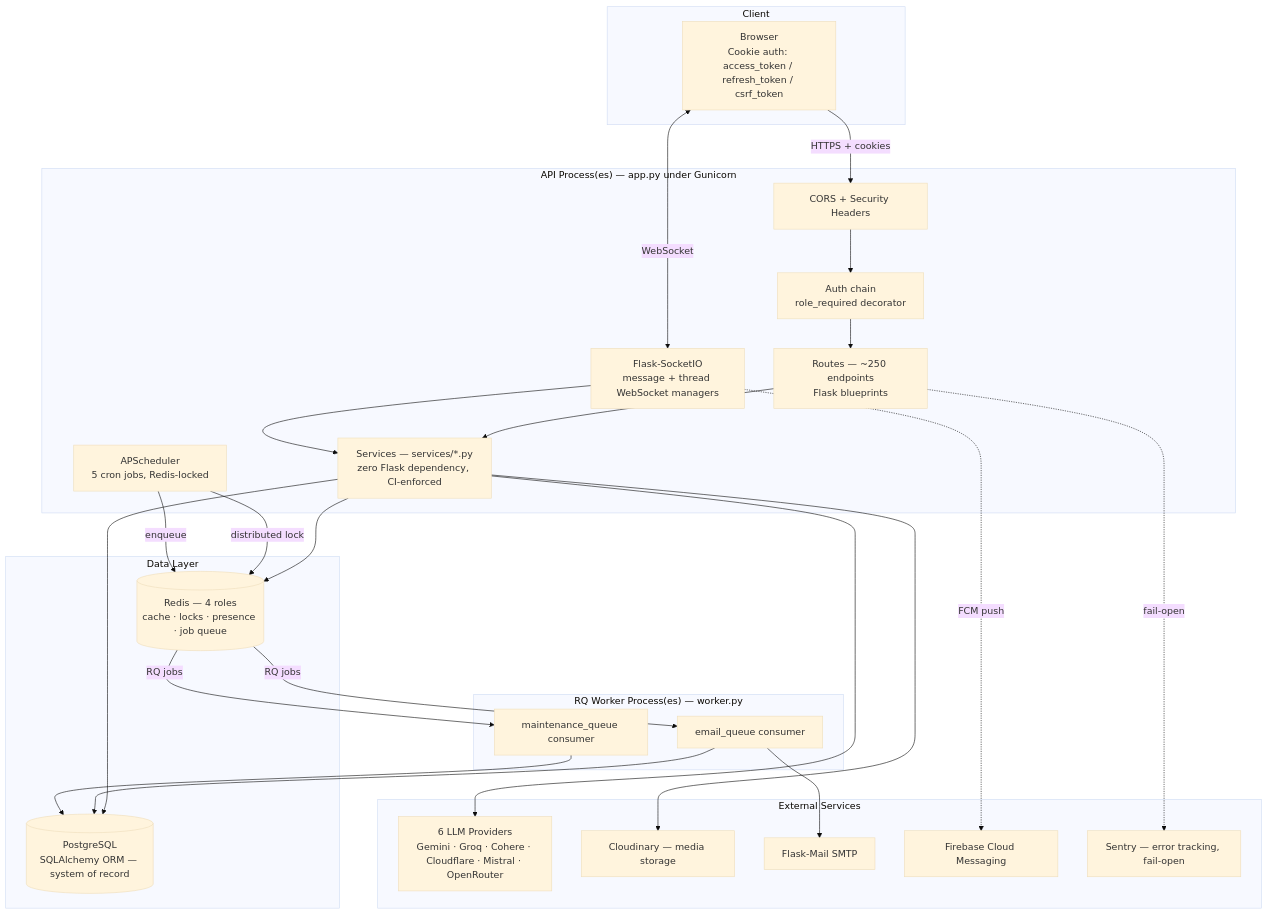
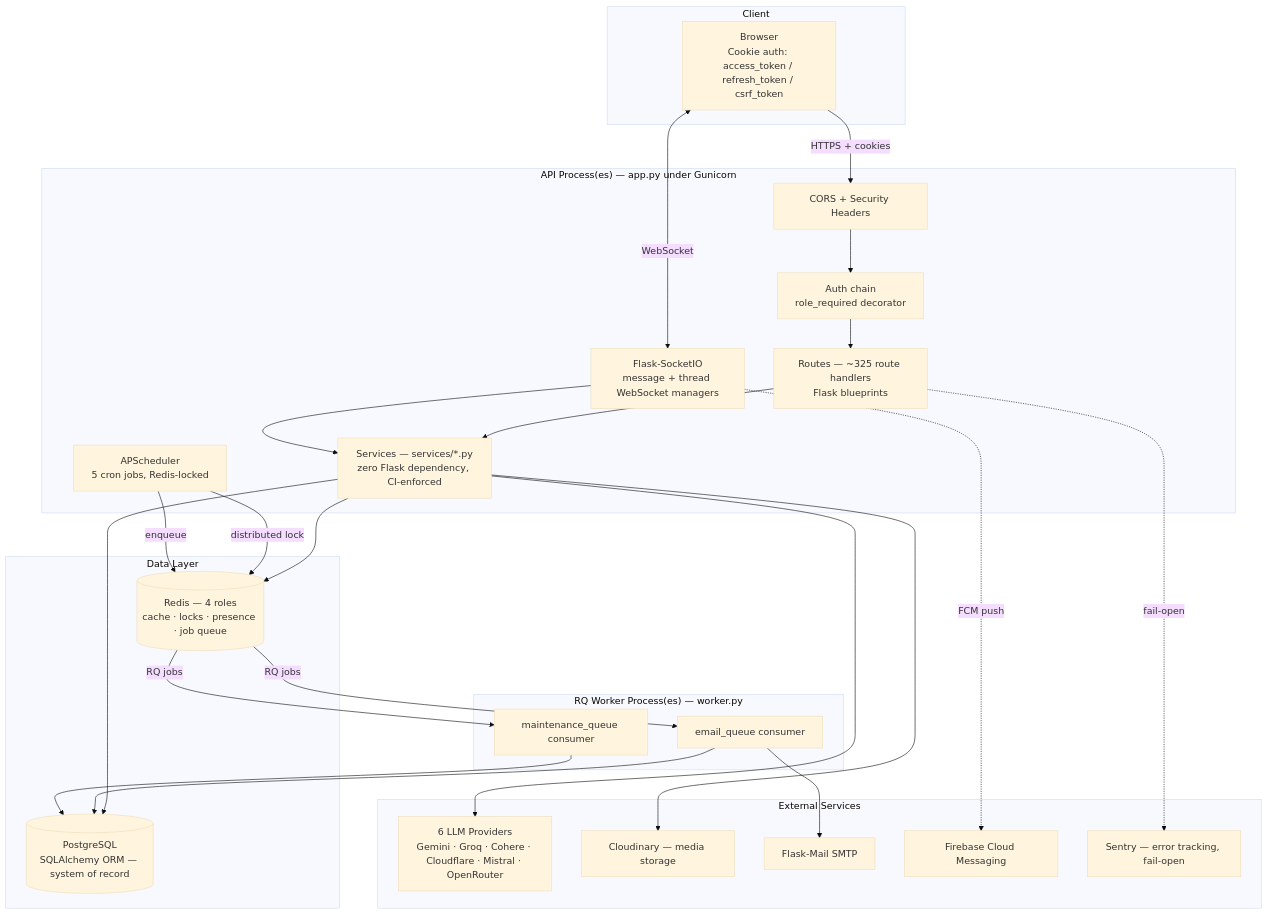
One commit to Devpaul-01/StudyHub changed the first of 14 diagrams in ARCHITECTURE.md. Above: the diagram before and after it, drawn with Mermaid (base theme). The commit also changed other lines of this file and 9 other files, not shown here.

First line of the commit message:
docs: sync API reference, OpenAPI, README and architecture docs with the code

````diff
--- a/ARCHITECTURE.md
+++ b/ARCHITECTURE.md
@@ -23,51 +23,51 @@
 ```mermaid
 flowchart TB
     subgraph Client["Client"]
         BROWSER[Browser<br/>Cookie auth: access_token / refresh_token / csrf_token]
     end
 
     subgraph API["API Process(es) — app.py under Gunicorn"]
         CORS[CORS + Security Headers]
         AUTH[Auth chain<br/>role_required decorator]
-        ROUTES[Routes — ~250 endpoints<br/>Flask blueprints]
+        ROUTES[Routes — ~325 route handlers<br/>Flask blueprints]
         SERVICES[Services — services/*.py<br/>zero Flask dependency, CI-enforced]
         WS[Flask-SocketIO<br/>message + thread WebSocket managers]
         SCHED[APScheduler<br/>5 cron jobs, Redis-locked]
     end
 
     subgraph Workers["RQ Worker Process(es) — worker.py"]
         W1[email_queue consumer]
         W2[maintenance_queue consumer]
     end
 
     subgraph Data["Data Layer"]
         PG[(PostgreSQL<br/>SQLAlchemy ORM — system of record)]
         REDIS[(Redis — 4 roles<br/>cache · locks · presence · job queue)]
     end
 
     subgraph External["External Services"]
         AI[6 LLM Providers<br/>Gemini · Groq · Cohere · Cloudflare · Mistral · OpenRouter]
         CLOUDINARY[Cloudinary — media storage]
         MAIL[Flask-Mail SMTP]
         FCM[Firebase Cloud Messaging]
         SENTRY[Sentry — error tracking, fail-open]
     end
 
     BROWSER -->|HTTPS + cookies| CORS --> AUTH --> ROUTES
     BROWSER <-->|WebSocket| WS
     ROUTES --> SERVICES
     SERVICES --> PG
     SERVICES --> REDIS
     SERVICES --> AI
     SERVICES --> CLOUDINARY
     WS --> SERVICES
     SCHED -->|distributed lock| REDIS
     SCHED -->|enqueue| REDIS
     REDIS -->|RQ jobs| W1
     REDIS -->|RQ jobs| W2
     W1 --> MAIL
     W1 --> PG
     W2 --> PG
     ROUTES -.->|fail-open| SENTRY
     WS -.->|FCM push| FCM
 ```
````
